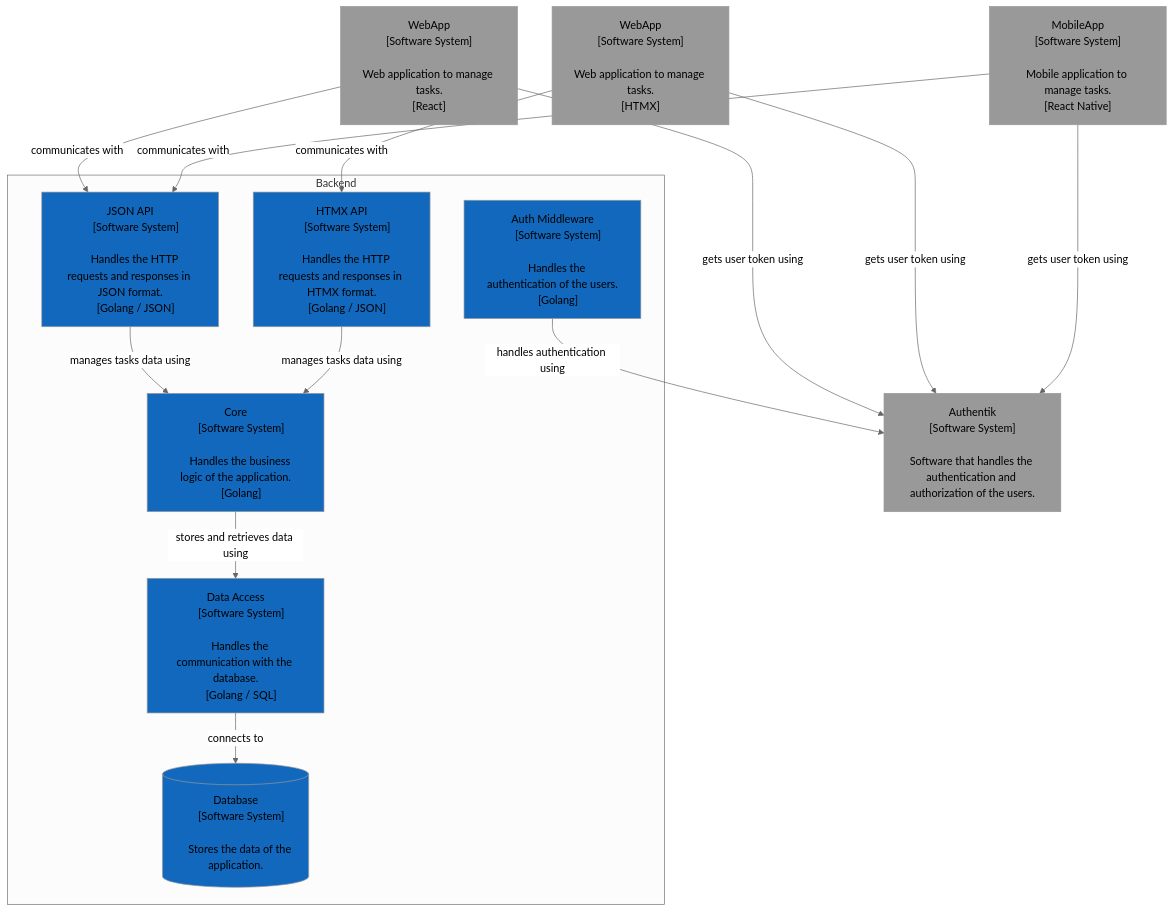
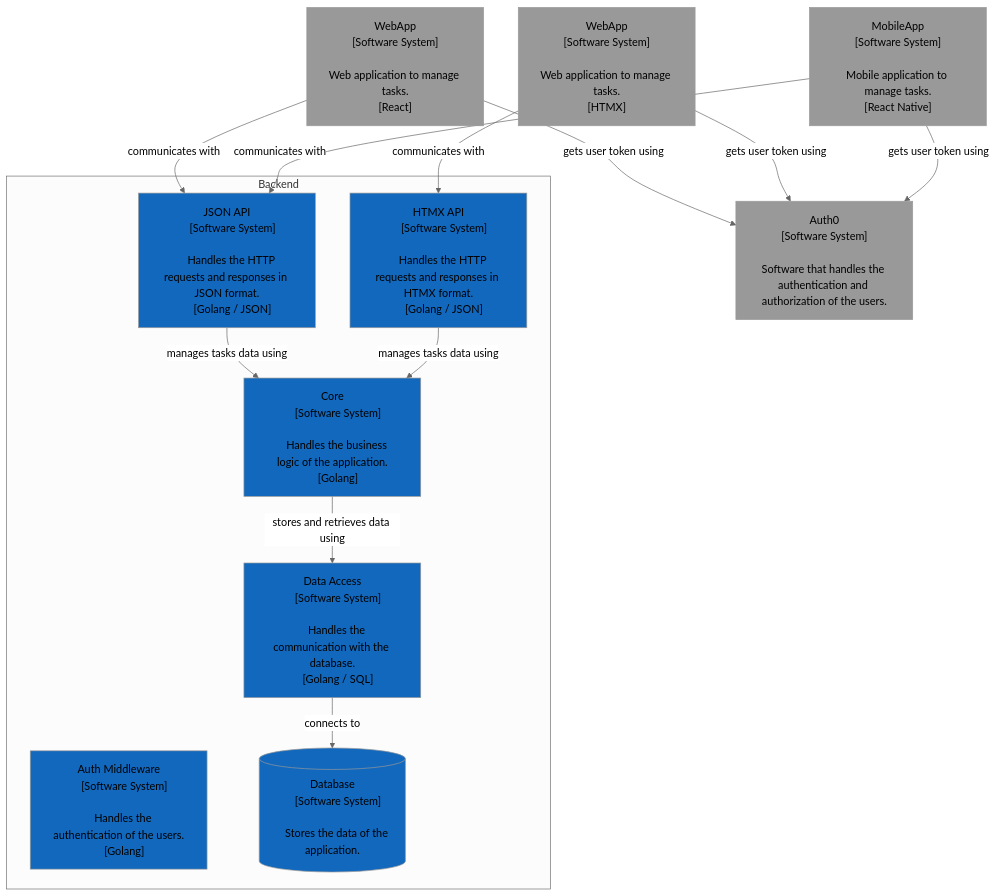
The third of 3 diagrams in .docs/architecture/software-architecture-document.md (tonitienda/kadai), drawn with Mermaid (neutral theme) before and after one commit. The commit also changed other lines of this file and 2 other files, not shown here.

````diff
--- a/.docs/architecture/software-architecture-document.md
+++ b/.docs/architecture/software-architecture-document.md
@@ -188,7 +187,7 @@
 
 end
 
-Authentik["Authentik
+Auth0["Auth0
 [Software System]
 
 Software that handles the authentication and authorization of the users."]
@@ -197,10 +196,9 @@
 HtmxWebApp -- "communicates with" --> HTMXApi
 MobileApp -- "communicates with" --> JsonApi
 
-AuthMw -- "handles authentication using" --> Authentik
-ReactWebApp -- "gets user token using" --> Authentik
-HtmxWebApp -- "gets user token using" --> Authentik
-MobileApp -- "gets user token using" --> Authentik
+ReactWebApp -- "gets user token using" --> Auth0
+HtmxWebApp -- "gets user token using" --> Auth0
+MobileApp -- "gets user token using" --> Auth0
 
 
 JsonApi -- "manages tasks data using" --> Core
@@ -212,5 +210,5 @@
 classDef external fill:#999999
 
 class AuthMw,JsonApi,HTMXApi,Core,DataAccess,DataBase system
-class ReactWebApp,HtmxWebApp,MobileApp,Authentik external
+class ReactWebApp,HtmxWebApp,MobileApp,Auth0 external
 ```
````
